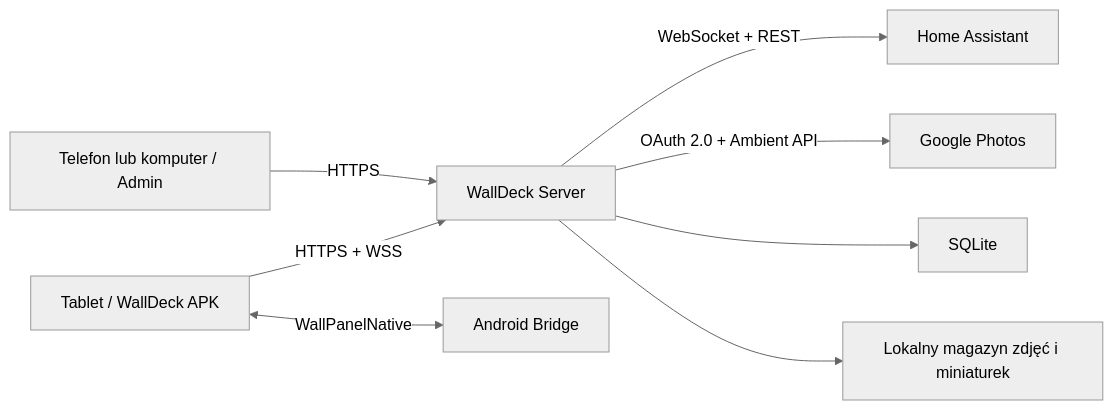
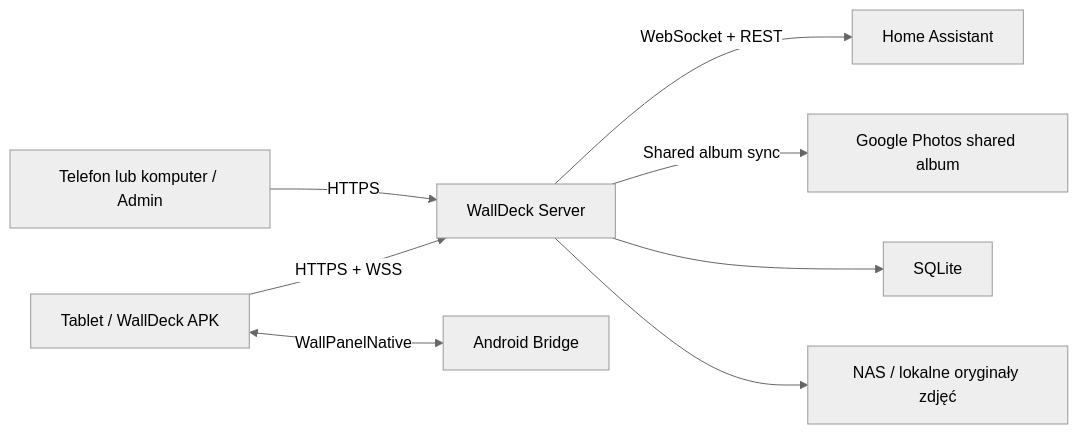
The diagram in docs/web-architecture-plan.md (Rasti003/WallDeck), drawn with Mermaid (neutral theme) before and after one commit. The commit also changed other lines of this file and 10 other files, not shown here.

Commit message:
feat: sync shared Google Photos albums

````diff
--- a/docs/web-architecture-plan.md
+++ b/docs/web-architecture-plan.md
@@ -50,10 +50,10 @@
 ```mermaid
 flowchart LR
   Tablet["Tablet / WallDeck APK"] -->|"HTTPS + WSS"| Server["WallDeck Server"]
   Browser["Telefon lub komputer / Admin"] -->|"HTTPS"| Server
   Server -->|"WebSocket + REST"| HA["Home Assistant"]
-  Server -->|"OAuth 2.0 + Ambient API"| Photos["Google Photos"]
+  Server -->|"Shared album sync"| Photos["Google Photos shared album"]
   Server --> DB["SQLite"]
-  Server --> Media["Lokalny magazyn zdjęć i miniaturek"]
+  Server --> Media["NAS / lokalne oryginały zdjęć"]
   Tablet <-->|"WallPanelNative"| Android["Android Bridge"]
 ```
````
